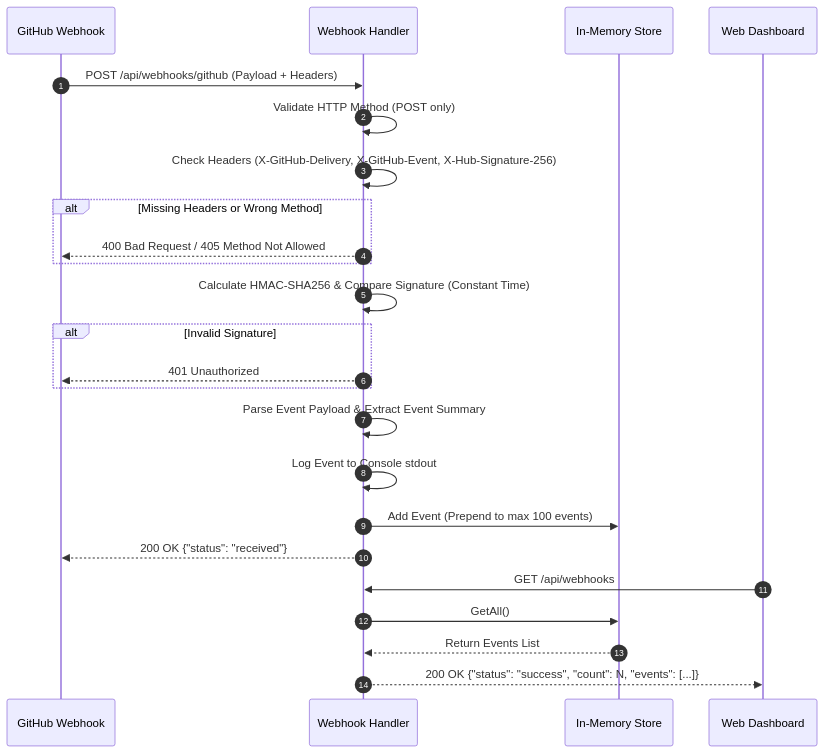
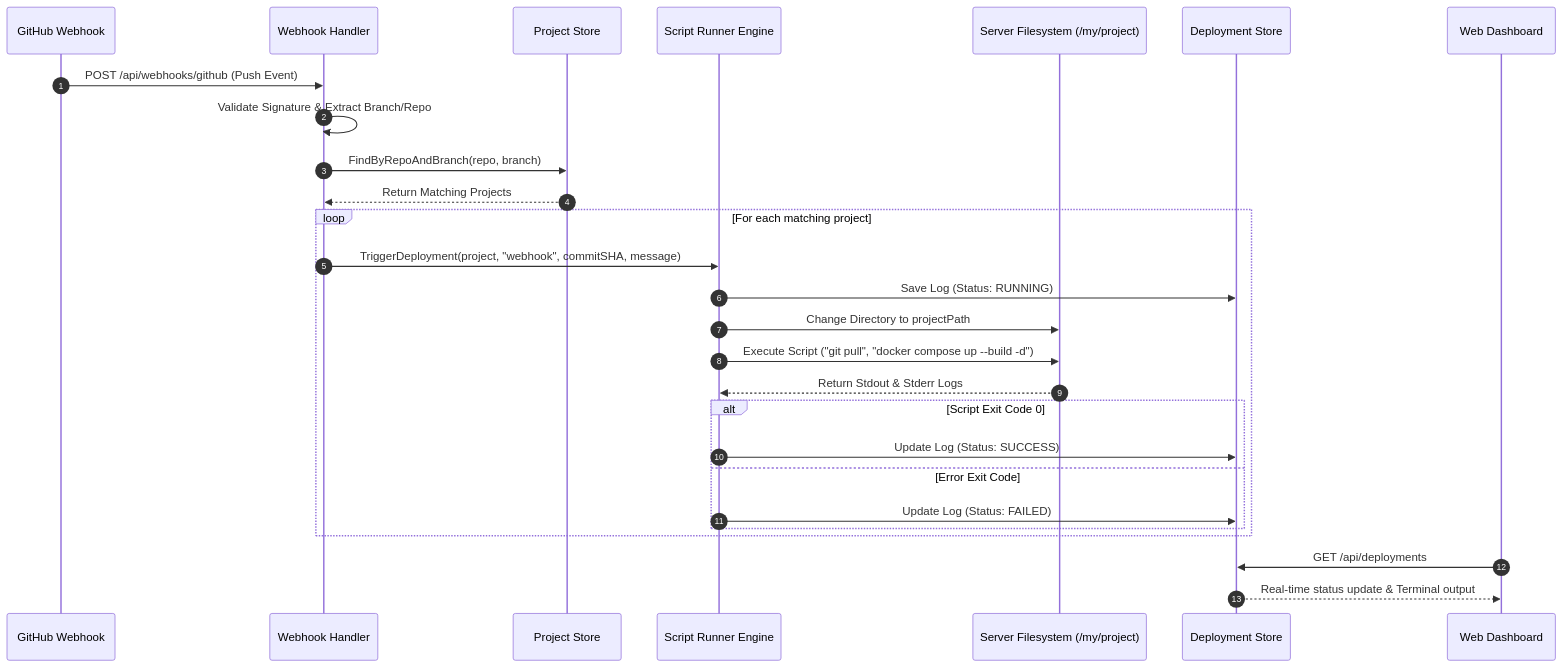
The second of 2 diagrams in workflow.md (jaisondavid-m/iTrigger), drawn with Mermaid before and after one commit. The commit also changed other lines of this file and 9 other files, not shown here.

Commit message:
added jobs and running script to trigger deploy

````diff
--- a/workflow.md
+++ b/workflow.md
@@ -70,31 +74,32 @@
 ```mermaid
 sequenceDiagram
     autonumber
     participant GitHub as GitHub Webhook
     participant Handler as Webhook Handler
-    participant Store as In-Memory Store
+    participant ProjStore as Project Store
+    participant Runner as Script Runner Engine
+    participant TargetDir as Server Filesystem (/my/project)
+    participant DepStore as Deployment Store
     participant UI as Web Dashboard
 
-    GitHub->>Handler: POST /api/webhooks/github (Payload + Headers)
-    Handler->>Handler: Validate HTTP Method (POST only)
-    Handler->>Handler: Check Headers (X-GitHub-Delivery, X-GitHub-Event, X-Hub-Signature-256)
-    
-    alt Missing Headers or Wrong Method
-        Handler-->>GitHub: 400 Bad Request / 405 Method Not Allowed
+    GitHub->>Handler: POST /api/webhooks/github (Push Event)
+    Handler->>Handler: Validate Signature & Extract Branch/Repo
+    Handler->>ProjStore: FindByRepoAndBranch(repo, branch)
+    ProjStore-->>Handler: Return Matching Projects
+
+    loop For each matching project
+        Handler->>Runner: TriggerDeployment(project, "webhook", commitSHA, message)
+        Runner->>DepStore: Save Log (Status: RUNNING)
+        Runner->>TargetDir: Change Directory to projectPath
+        Runner->>TargetDir: Execute Script ("git pull", "docker compose up --build -d")
+        TargetDir-->>Runner: Return Stdout & Stderr Logs
+        alt Script Exit Code 0
+            Runner->>DepStore: Update Log (Status: SUCCESS)
+        else Error Exit Code
+            Runner->>DepStore: Update Log (Status: FAILED)
+        end
     end
 
-    Handler->>Handler: Calculate HMAC-SHA256 & Compare Signature (Constant Time)
-    alt Invalid Signature
-        Handler-->>GitHub: 401 Unauthorized
-    end
-
-    Handler->>Handler: Parse Event Payload & Extract Event Summary
-    Handler->>Handler: Log Event to Console stdout
-    Handler->>Store: Add Event (Prepend to max 100 events)
-    Handler-->>GitHub: 200 OK {"status": "received"}
-
-    UI->>Handler: GET /api/webhooks
-    Handler->>Store: GetAll()
-    Store-->>Handler: Return Events List
-    Handler-->>UI: 200 OK {"status": "success", "count": N, "events": [...]}
+    UI->>DepStore: GET /api/deployments
+    DepStore-->>UI: Real-time status update & Terminal output
 ```
````
